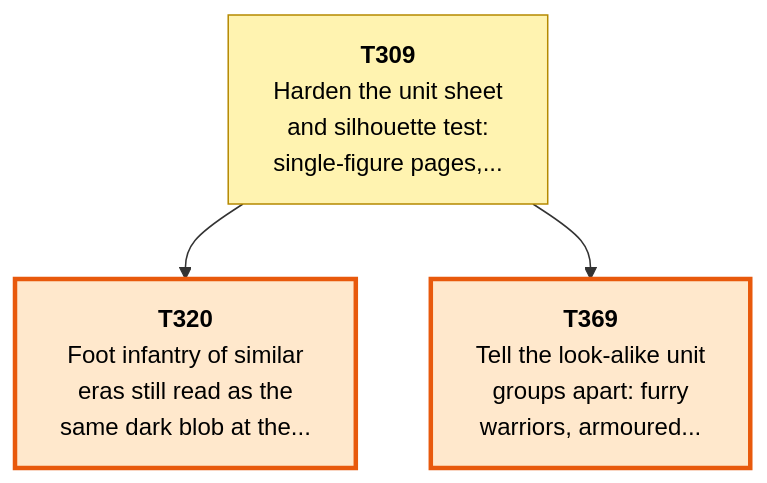
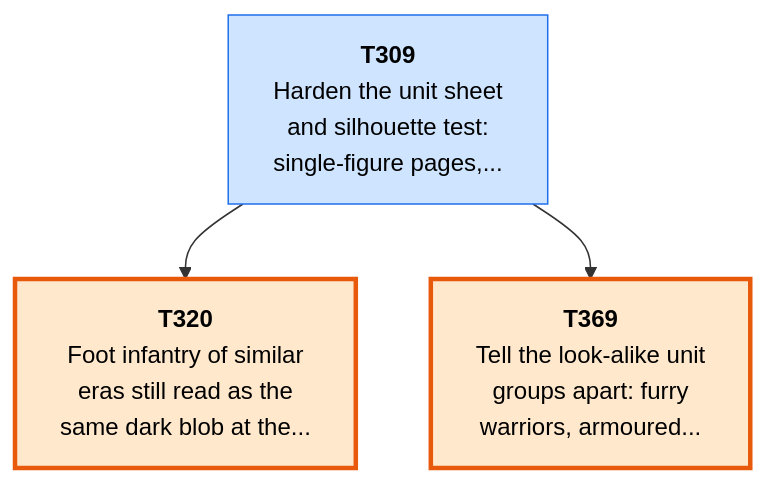
Before and after one commit to Kenmura/Unciv: the second of 8 diagrams in csharp/migration/DEPENDENCY_MAP.md, drawn with Mermaid. The commit also changed other lines of this file and 1 other file, not shown here.

Commit message:
migration: implement T309 [Claude]

````diff
--- a/csharp/migration/DEPENDENCY_MAP.md
+++ b/csharp/migration/DEPENDENCY_MAP.md
@@ -94,18 +94,18 @@
 ```mermaid
 flowchart TD
   T309["<b>T309</b><br/>Harden the unit sheet<br/>and silhouette test:<br/>single-figure pages,..."]
   T320["<b>T320</b><br/>Foot infantry of similar<br/>eras still read as the<br/>same dark blob at the..."]
   T369["<b>T369</b><br/>Tell the look-alike unit<br/>groups apart: furry<br/>warriors, armoured..."]
   T309 --> T320
   T309 --> T369
   classDef waiting fill:#f3faf3,stroke:#9bc49b,color:#555,stroke-dasharray:2 2
   classDef ondeck fill:#ffe8cc,stroke:#e8590c,stroke-width:3px,color:#000
   classDef ready fill:#7ee787,stroke:#1a7f37,stroke-width:3px,color:#000
   classDef prog fill:#fff3b0,stroke:#b58900,color:#000
   classDef review fill:#cfe4ff,stroke:#1f6feb,color:#000
   classDef blocked fill:#ffd6d6,stroke:#c62828,color:#000
   classDef done fill:#eeeeee,stroke:#999999,color:#666,stroke-dasharray:4 3
-  class T309 prog
+  class T309 review
   class T320 ondeck
   class T369 ondeck
 ```
````
